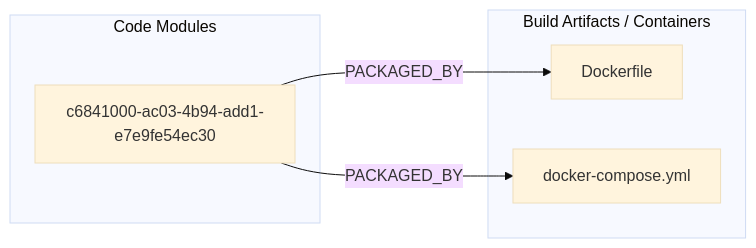
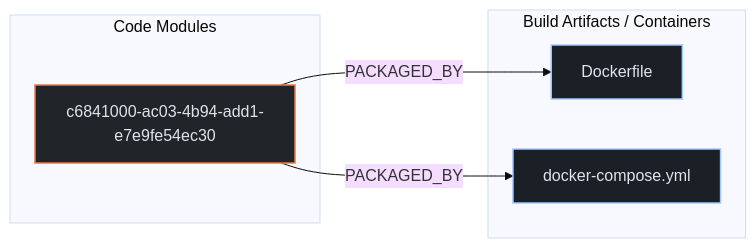
Before and after one commit to kumarshaz/atruss-code-atlas: the first of 2 diagrams in exports/latest/reports/appwrite-playground-for-python-report.md, drawn with Mermaid (base theme). The commit also changed other lines of this file and 331 other files, not shown here.

Commit message:
docs,ui,fix: update SDLC docs, reorder CI/CD DAG first, stylize Mermaid, and fix Arc42 pipeline topology

````diff
--- a/exports/latest/reports/appwrite-playground-for-python-report.md
+++ b/exports/latest/reports/appwrite-playground-for-python-report.md
@@ -59,12 +59,16 @@
 ```mermaid
 flowchart LR
+    classDef atlasCategory fill:#212428,stroke:#E87A48,stroke-width:1.5px,color:#dfe3eb
+    classDef atlasWorkflow fill:#1b2026,stroke:#a3c9ff,stroke-width:1.5px,color:#dfe3eb
+    classDef atlasJob fill:#171c22,stroke:#8d9199,stroke-width:1px,color:#dfe3eb
+    classDef atlasTarget fill:#005227,stroke:#8bd99b,stroke-width:1.5px,color:#a7f6b6
     subgraph code_modules["Code Modules"]
-        mod_c6841000_ac03_4b94_add1_e7e9fe54ec30["c6841000-ac03-4b94-add1-e7e9fe54ec30"]
+        mod_c6841000_ac03_4b94_add1_e7e9fe54ec30["c6841000-ac03-4b94-add1-e7e9fe54ec30"]:::atlasCategory
     end
     subgraph build_artifacts["Build Artifacts / Containers"]
-        art_Dockerfile["Dockerfile"]
-        art_docker_compose_yml["docker-compose.yml"]
+        art_Dockerfile["Dockerfile"]:::atlasWorkflow
+        art_docker_compose_yml["docker-compose.yml"]:::atlasWorkflow
     end
     mod_c6841000_ac03_4b94_add1_e7e9fe54ec30 -->|PACKAGED_BY| art_Dockerfile
     mod_c6841000_ac03_4b94_add1_e7e9fe54ec30 -->|PACKAGED_BY| art_docker_compose_yml
 ```
````
